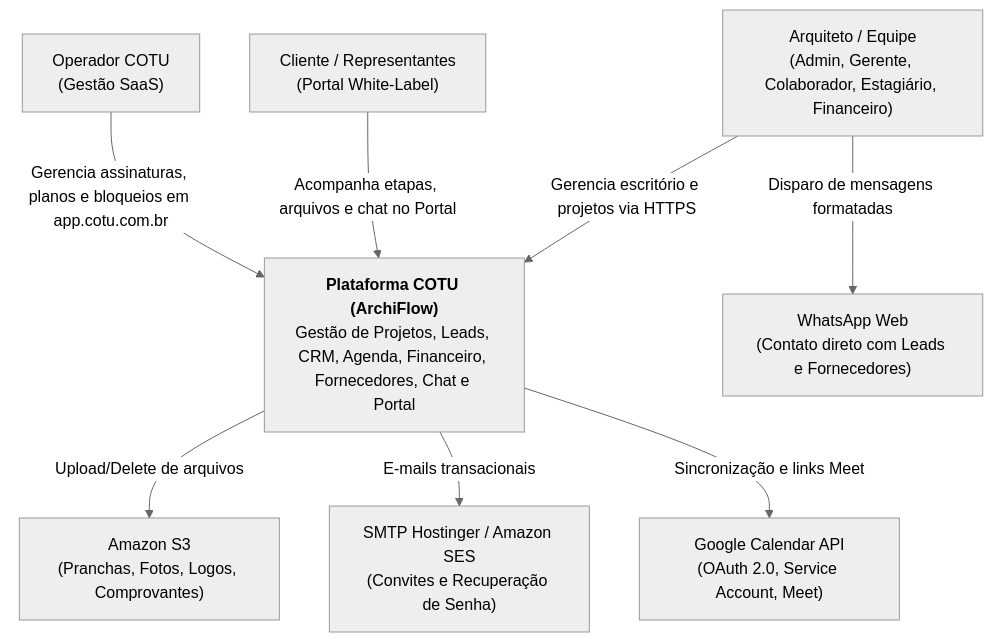
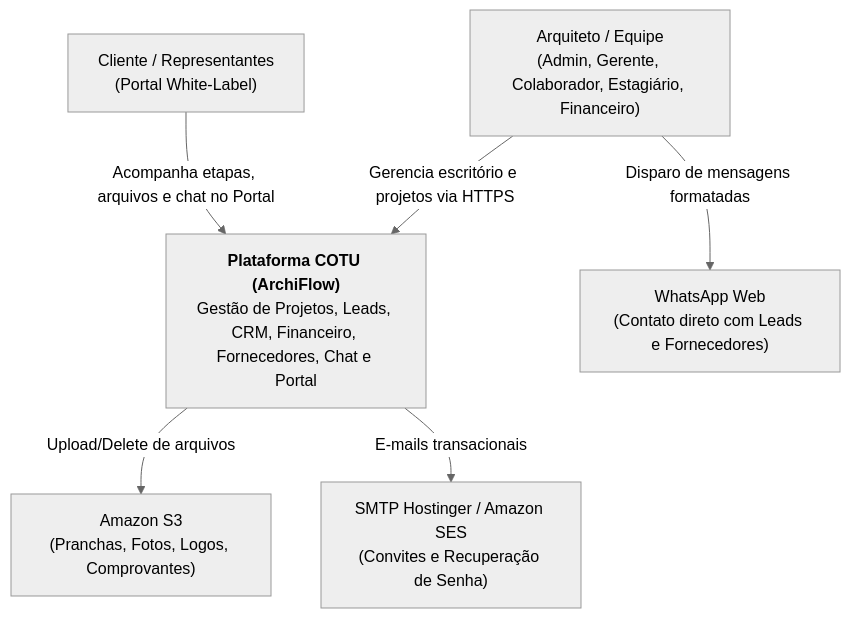
Before and after one commit to GabrielBandoch/ArchiFlow.API: the first of 3 diagrams in wiki/Arquitetura.md, drawn with Mermaid (neutral theme). The commit also changed other lines of this file and 7 other files, not shown here.

````diff
--- a/wiki/Arquitetura.md
+++ b/wiki/Arquitetura.md
@@ -32,22 +32,18 @@
 ```mermaid
 graph TD
     Arquiteto["Arquiteto / Equipe<br/>(Admin, Gerente, Colaborador, Estagiário, Financeiro)"]
     Cliente["Cliente / Representantes<br/>(Portal White-Label)"]
-    SuperAdmin["Operador COTU<br/>(Gestão SaaS)"]
 
-    COTU["<b>Plataforma COTU (ArchiFlow)</b><br/>Gestão de Projetos, Leads, CRM, Agenda, Financeiro, Fornecedores, Chat e Portal"]
+    COTU["<b>Plataforma COTU (ArchiFlow)</b><br/>Gestão de Projetos, Leads, CRM, Financeiro, Fornecedores, Chat e Portal"]
 
     S3["Amazon S3<br/>(Pranchas, Fotos, Logos, Comprovantes)"]
     Email["SMTP Hostinger / Amazon SES<br/>(Convites e Recuperação de Senha)"]
-    GCal["Google Calendar API<br/>(OAuth 2.0, Service Account, Meet)"]
     WhatsApp["WhatsApp Web<br/>(Contato direto com Leads e Fornecedores)"]
 
     Arquiteto -->|"Gerencia escritório e projetos via HTTPS"| COTU
     Cliente -->|"Acompanha etapas, arquivos e chat no Portal"| COTU
-    SuperAdmin -->|"Gerencia assinaturas, planos e bloqueios em app.cotu.com.br"| COTU
 
     COTU -->|"Upload/Delete de arquivos"| S3
     COTU -->|"E-mails transacionais"| Email
-    COTU -->|"Sincronização e links Meet"| GCal
     Arquiteto -->|"Disparo de mensagens formatadas"| WhatsApp
 ```
````
